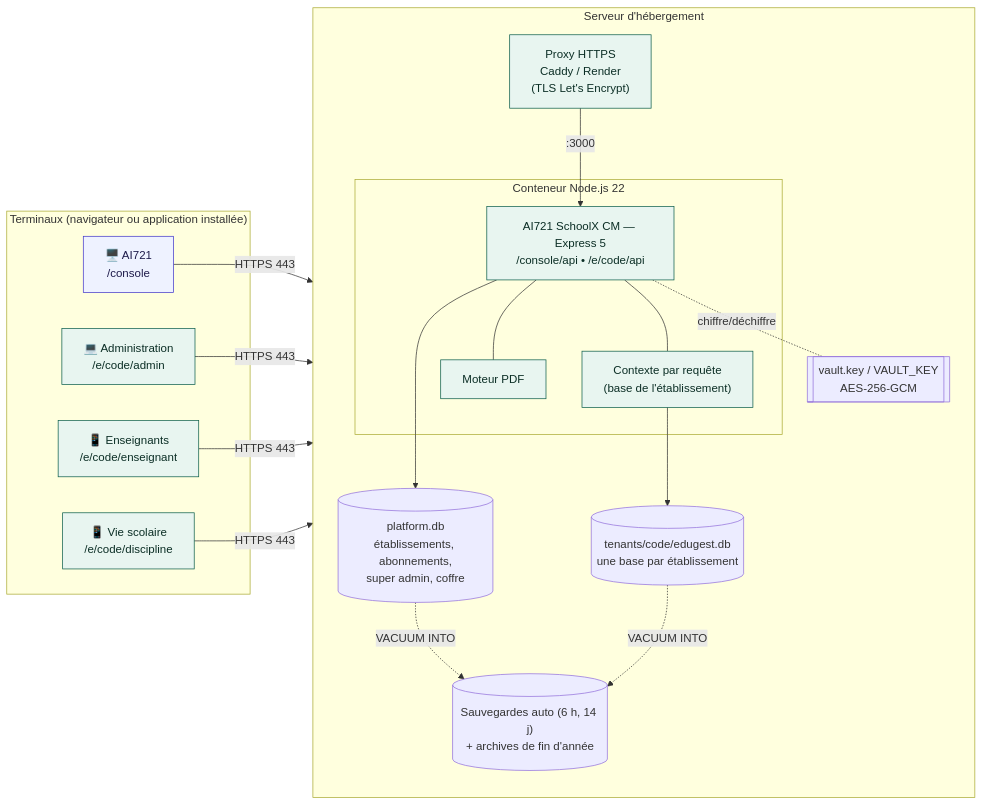
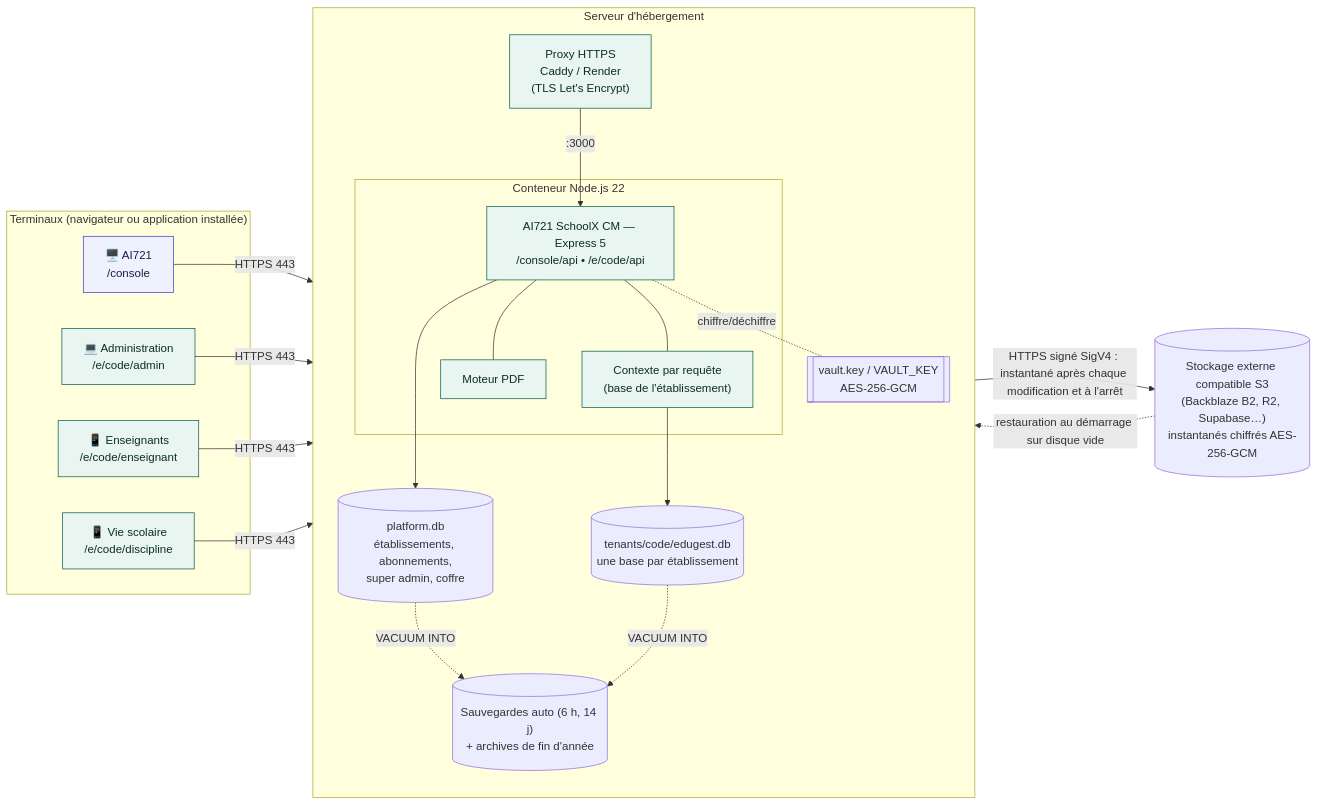
One commit to ANDJE30/MY_WORLD changed the diagram in docs/uml/09_deploiement.mmd. Above: the diagram before and after it, drawn with Mermaid. The commit also changed 86 other files, not shown here.

```diff
--- a/docs/uml/09_deploiement.mmd
+++ b/docs/uml/09_deploiement.mmd
@@ -1,31 +1,34 @@
 flowchart LR
   subgraph CLIENTS["Terminaux (navigateur ou application installée)"]
     SA["🖥️ AI721<br/>/console"]
     PC["💻 Administration<br/>/e/code/admin"]
     TEL["📱 Enseignants<br/>/e/code/enseignant"]
     TAB["📱 Vie scolaire<br/>/e/code/discipline"]
   end
   subgraph CLOUD["Serveur d'hébergement"]
     direction TB
     RP["Proxy HTTPS<br/>Caddy / Render<br/>(TLS Let's Encrypt)"]
     subgraph CT["Conteneur Node.js 22"]
       APP["AI721 SchoolX CM — Express 5<br/>/console/api • /e/code/api"]
       CTX["Contexte par requête<br/>(base de l'établissement)"]
       PDF["Moteur PDF"]
     end
     PDB[("platform.db<br/>établissements, abonnements,<br/>super admin, coffre")]
     TDB[("tenants/code/edugest.db<br/>une base par établissement")]
     KEY[["vault.key / VAULT_KEY<br/>AES-256-GCM"]]
     BK[("Sauvegardes auto (6 h, 14 j)<br/>+ archives de fin d'année")]
   end
+  S3[("Stockage externe compatible S3<br/>(Backblaze B2, R2, Supabase…)<br/>instantanés chiffrés AES-256-GCM")]
   SA & PC & TEL & TAB -- "HTTPS 443" --> RP
   RP -- ":3000" --> APP
   APP --- CTX & PDF
   APP --> PDB
   CTX --> TDB
   APP -. chiffre/déchiffre .- KEY
   PDB & TDB -. "VACUUM INTO" .-> BK
+  APP -- "HTTPS signé SigV4 : instantané après chaque modification et à l'arrêt" --> S3
+  S3 -. "restauration au démarrage sur disque vide" .-> APP
   classDef n fill:#e8f5f0,stroke:#0b5d4b,color:#0b2e25
   classDef p fill:#eef2ff,stroke:#4338ca,color:#1e1b4b
   class PC,TEL,TAB,RP,APP,CTX,PDF n
   class SA p
```
